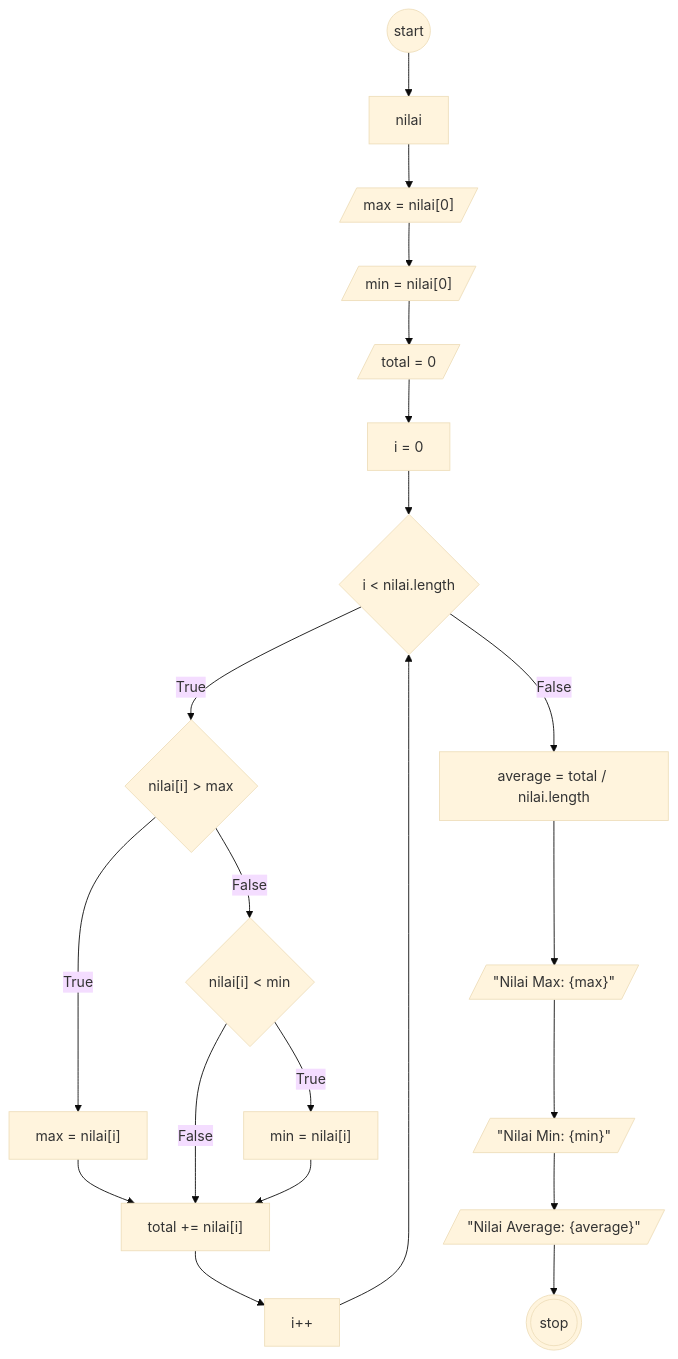
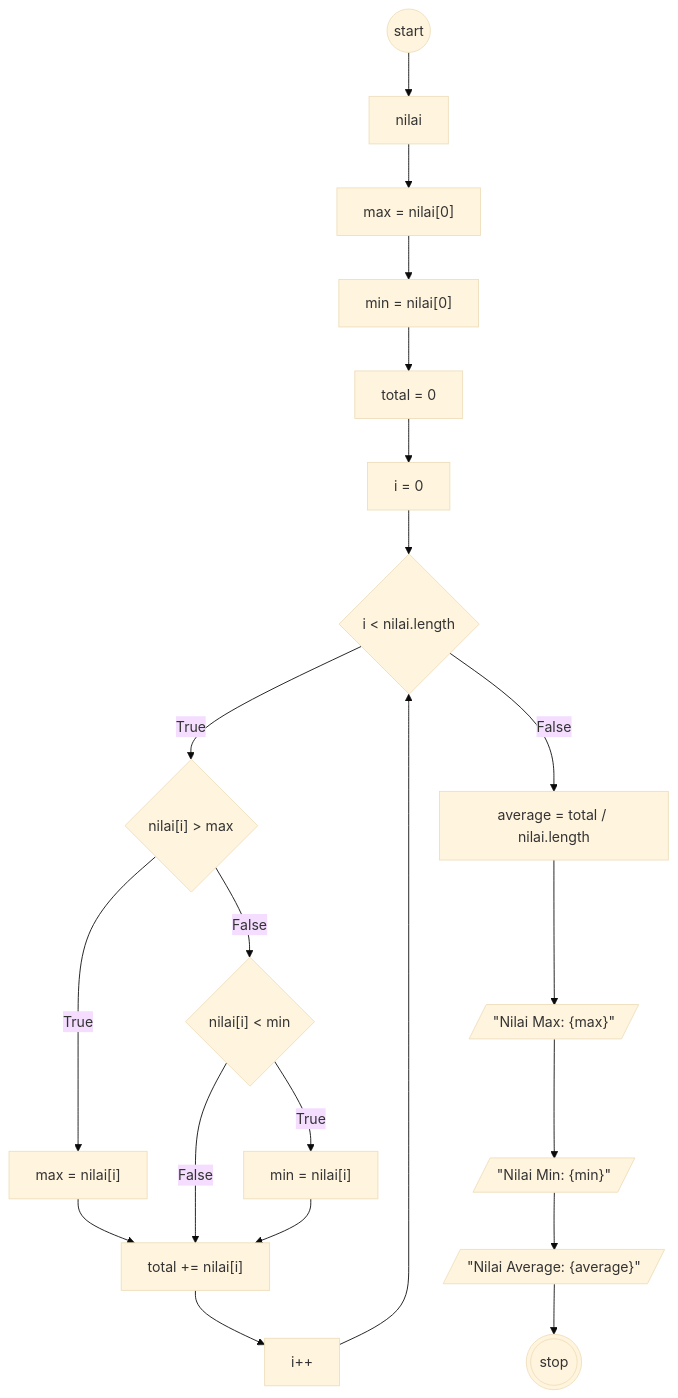
One commit to MuhamadRafliShidiq/koda-b8-javascript2 changed the diagram in readme.md. Above: the diagram before and after it, drawn with Mermaid (base theme).

````diff
--- a/readme.md
+++ b/readme.md
@@ -7,34 +7,34 @@
 ```mermaid
     flowchart TD
 
     a@{shape: circle, label: "start"}
     b@{shape: rect, label: "nilai" }
-    c@{shape: lean-r, label: "max = nilai[0]"}
-    d@{shape: lean-r, label: "min = nilai[0]"}
-    e@{shape: lean-r, label: "total = 0"}
+    c@{shape: rect, label: "max = nilai[0]"}
+    d@{shape: rect, label: "min = nilai[0]"}
+    e@{shape: rect, label: "total = 0"}
     f@{shape: rect, label: "i = 0" }
     g@{shape: diamond, label: "i < nilai.length"}
     h@{shape: diamond, label: "nilai[i] > max"}
     i@{shape: rect, label: 'max = nilai[i]'}
     j@{shape: diamond, label: "nilai[i] < min"}
     k@{shape: rect, label: "min = nilai[i]"}
     l@{shape: rect, label: "total += nilai[i]"}
     r@{shape: rect, label: "i++"}
 
     m@{shape: rect, label: "average = total / nilai.length" }
     n@{shape: lean-r, label: '"Nilai Max: {max}"'}
     q@{shape: lean-r, label: '"Nilai Min: {min}"'}
     p@{shape: lean-r, label: '"Nilai Average: {average}"'}
     z@{shape: dbl-circ, label: "stop"}
 
 
     a-->b-->c-->d-->e-->f-->g
     g--True-->h
     h--True-->i-->l
     h--False-->j
     j--False-->l
     j--True-->k-->l
     l-->r-->g
 
     g--False-->m-->n-->q-->p-->z
 ```
````
